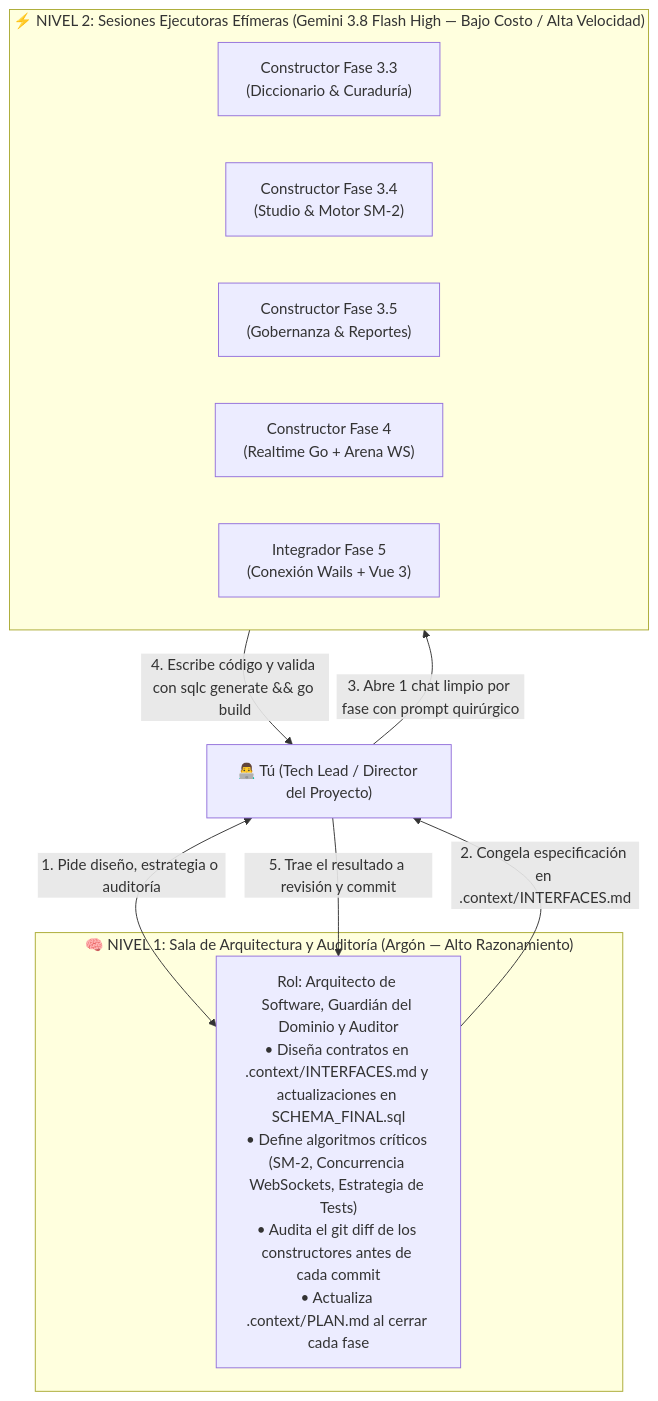
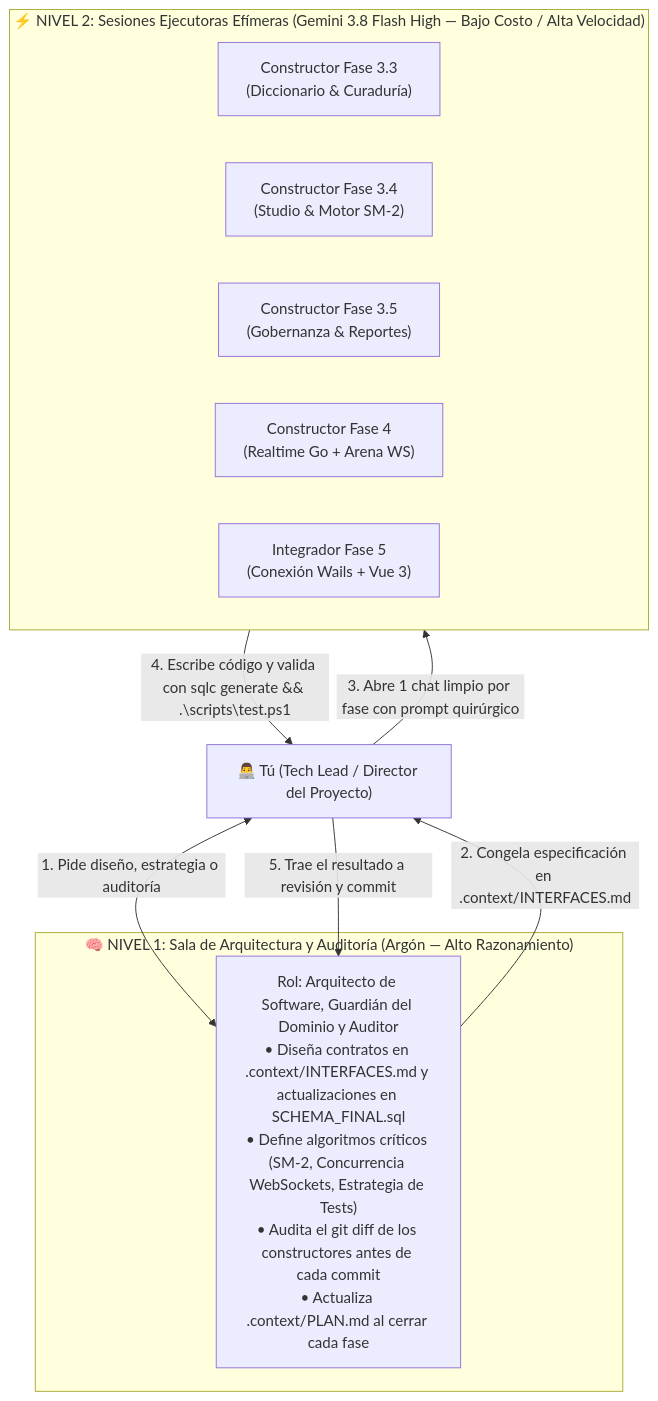
Before and after one commit to OGShawnLee/palabrario: the diagram in AGENT_WORKFLOW.md, drawn with Mermaid. The commit also changed other lines of this file and 12 other files, not shown here.

````diff
--- a/AGENT_WORKFLOW.md
+++ b/AGENT_WORKFLOW.md
@@ -33,22 +33,22 @@
 ```mermaid
 flowchart TD
     Lead["👨‍💻 Tú (Tech Lead / Director del Proyecto)"]
 
     subgraph Tier1["🧠 NIVEL 1: Sala de Arquitectura y Auditoría (Argón — Alto Razonamiento)"]
         Architect["Rol: Arquitecto de Software, Guardián del Dominio y Auditor\n• Diseña contratos en .context/INTERFACES.md y actualizaciones en SCHEMA_FINAL.sql\n• Define algoritmos críticos (SM-2, Concurrencia WebSockets, Estrategia de Tests)\n• Audita el git diff de los constructores antes de cada commit\n• Actualiza .context/PLAN.md al cerrar cada fase"]
     end
 
     subgraph Tier2["⚡ NIVEL 2: Sesiones Ejecutoras Efímeras (Gemini 3.8 Flash High — Bajo Costo / Alta Velocidad)"]
         Builder33["Constructor Fase 3.3\n(Diccionario & Curaduría)"]
         Builder34["Constructor Fase 3.4\n(Studio & Motor SM-2)"]
         Builder35["Constructor Fase 3.5\n(Gobernanza & Reportes)"]
         Builder4["Constructor Fase 4\n(Realtime Go + Arena WS)"]
         Builder5["Integrador Fase 5\n(Conexión Wails + Vue 3)"]
     end
 
     Lead <-->|"1. Pide diseño, estrategia o auditoría"| Architect
     Architect -->|"2. Congela especificación en .context/INTERFACES.md"| Lead
     Lead -->|"3. Abre 1 chat limpio por fase con prompt quirúrgico"| Tier2
-    Tier2 -->|"4. Escribe código y valida con sqlc generate && go build"| Lead
+    Tier2 -->|"4. Escribe código y valida con sqlc generate && .\scripts\test.ps1"| Lead
     Lead -->|"5. Trae el resultado a revisión y commit"| Architect
 ```
````
